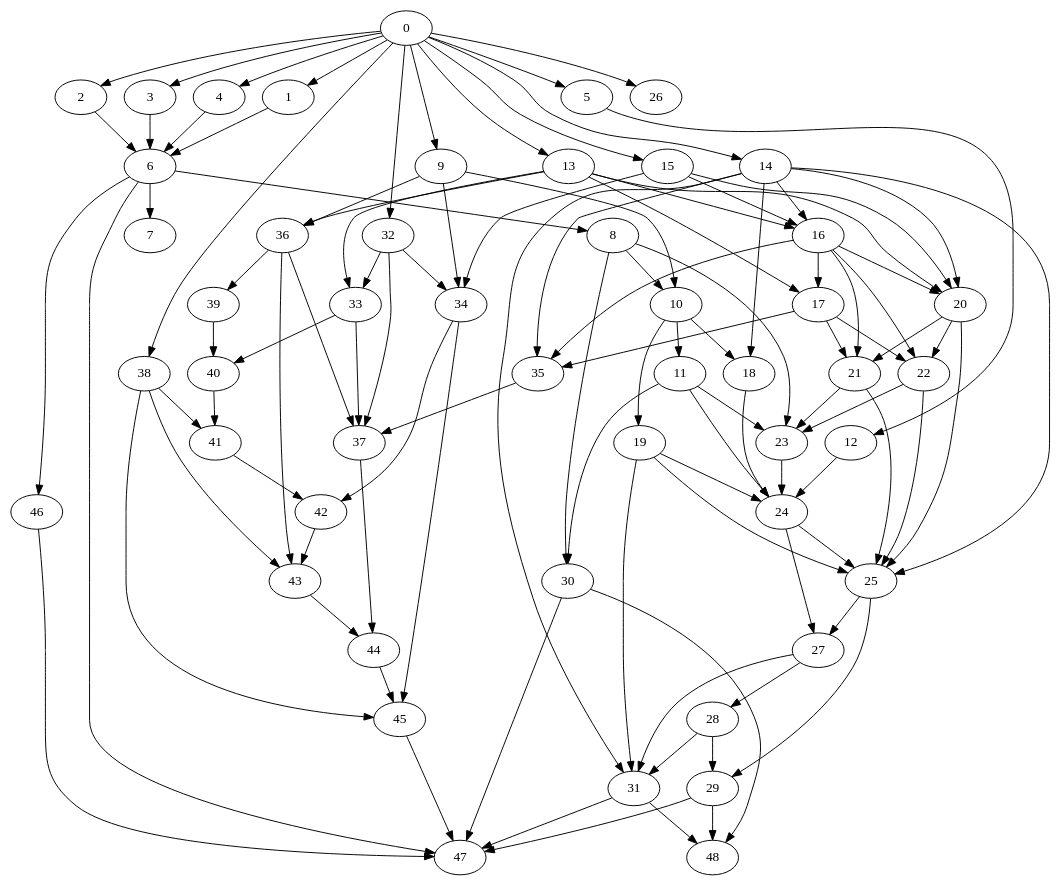
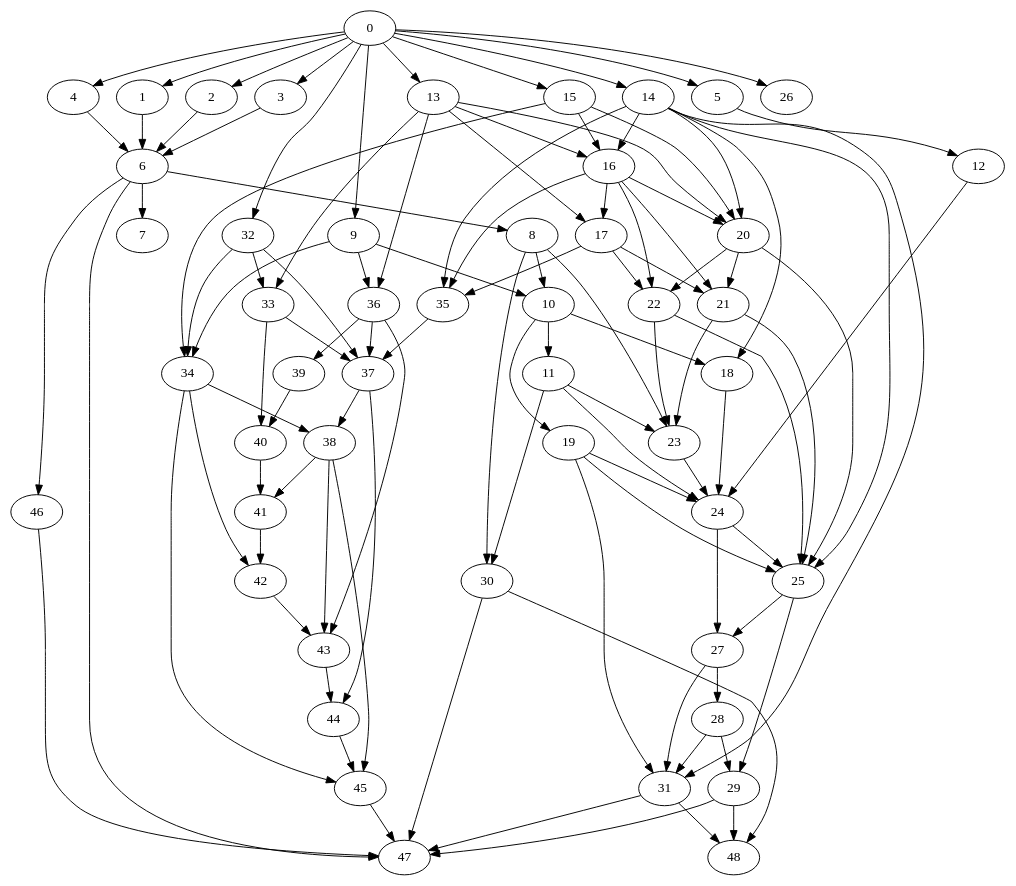
Before and after one commit to clarkfitzg/phd_research: the diagram in codedepends/traffic/traffic.dot, drawn with Graphviz. The commit also changed 4 other files, not shown here.

```diff
--- a/codedepends/traffic/traffic.dot
+++ b/codedepends/traffic/traffic.dot
@@ -1,158 +1,159 @@
 /* Created by igraph @VERSION@ */
 digraph {
   0;
   1;
   2;
   3;
   4;
   5;
   6;
   7;
   8;
   9;
   10;
   11;
   12;
   13;
   14;
   15;
   16;
   17;
   18;
   19;
   20;
   21;
   22;
   23;
   24;
   25;
   26;
   27;
   28;
   29;
   30;
   31;
   32;
   33;
   34;
   35;
   36;
   37;
   38;
   39;
   40;
   41;
   42;
   43;
   44;
   45;
   46;
   47;
   48;
 
   0 -> 1;
   0 -> 2;
   0 -> 3;
   0 -> 4;
   0 -> 5;
   0 -> 9;
   0 -> 13;
   0 -> 14;
   0 -> 15;
   0 -> 26;
   0 -> 32;
-  0 -> 38;
   1 -> 6;
   2 -> 6;
   3 -> 6;
   4 -> 6;
   5 -> 12;
   6 -> 7;
   6 -> 8;
   6 -> 46;
   6 -> 47;
   8 -> 10;
   8 -> 23;
   8 -> 30;
   9 -> 10;
   9 -> 34;
   9 -> 36;
   10 -> 11;
   10 -> 18;
   10 -> 19;
   11 -> 23;
   11 -> 24;
   11 -> 30;
   12 -> 24;
   13 -> 16;
   13 -> 17;
   13 -> 20;
   13 -> 33;
   13 -> 36;
   14 -> 16;
   14 -> 18;
   14 -> 20;
   14 -> 25;
   14 -> 31;
   14 -> 35;
   15 -> 16;
   15 -> 20;
   15 -> 34;
   16 -> 17;
   16 -> 20;
   16 -> 21;
   16 -> 22;
   16 -> 35;
   17 -> 21;
   17 -> 22;
   17 -> 35;
   18 -> 24;
   19 -> 24;
   19 -> 25;
   19 -> 31;
   20 -> 21;
   20 -> 22;
   20 -> 25;
   21 -> 23;
   21 -> 25;
   22 -> 23;
   22 -> 25;
   23 -> 24;
   24 -> 25;
   24 -> 27;
   25 -> 27;
   25 -> 29;
   27 -> 28;
   27 -> 31;
   28 -> 29;
   28 -> 31;
   29 -> 47;
   29 -> 48;
   30 -> 47;
   30 -> 48;
   31 -> 47;
   31 -> 48;
   32 -> 33;
   32 -> 34;
   32 -> 37;
   33 -> 37;
   33 -> 40;
+  34 -> 38;
   34 -> 42;
   34 -> 45;
   35 -> 37;
   36 -> 37;
   36 -> 39;
   36 -> 43;
+  37 -> 38;
   37 -> 44;
   38 -> 41;
   38 -> 43;
   38 -> 45;
   39 -> 40;
   40 -> 41;
   41 -> 42;
   42 -> 43;
   43 -> 44;
   44 -> 45;
   45 -> 47;
   46 -> 47;
 }
```
